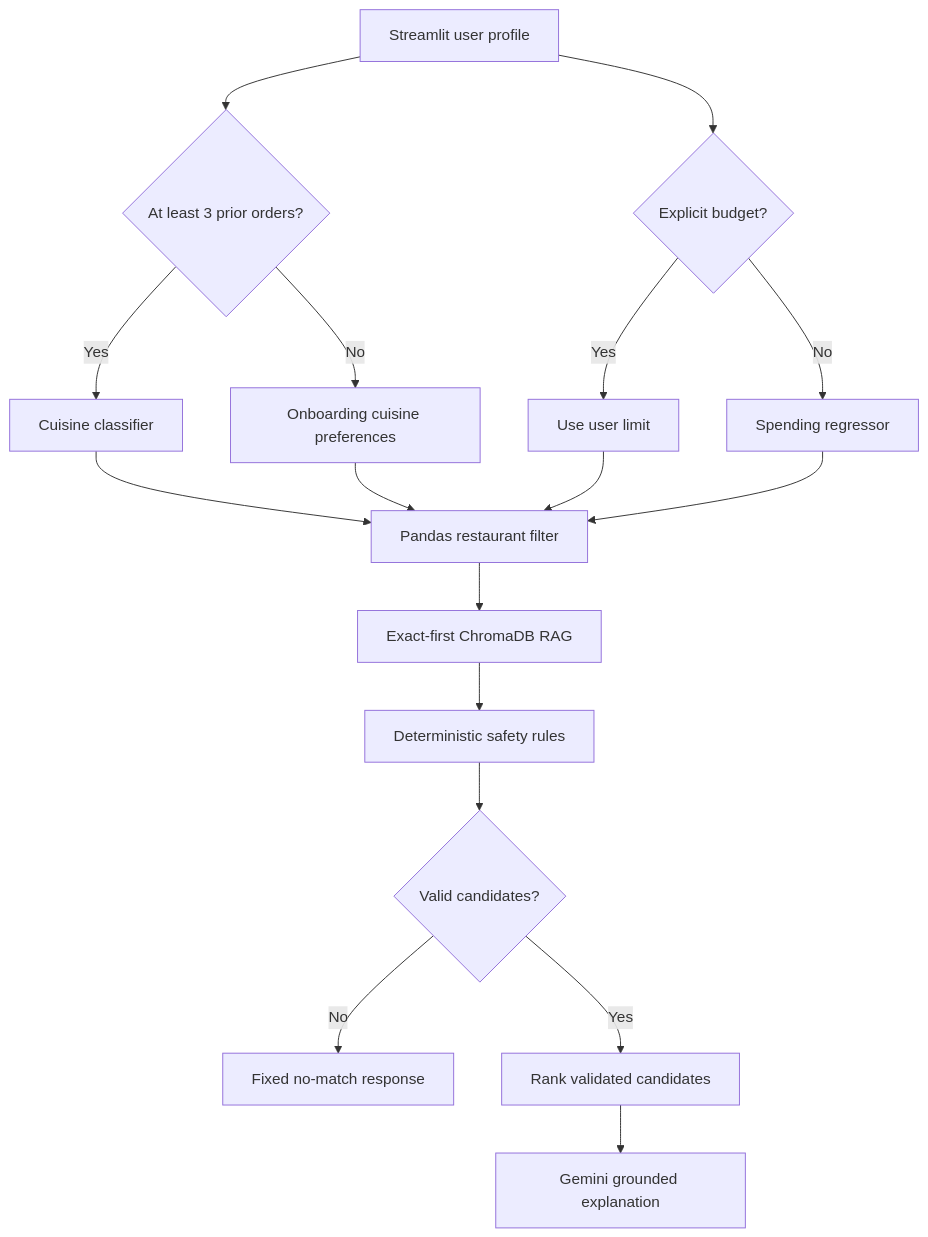
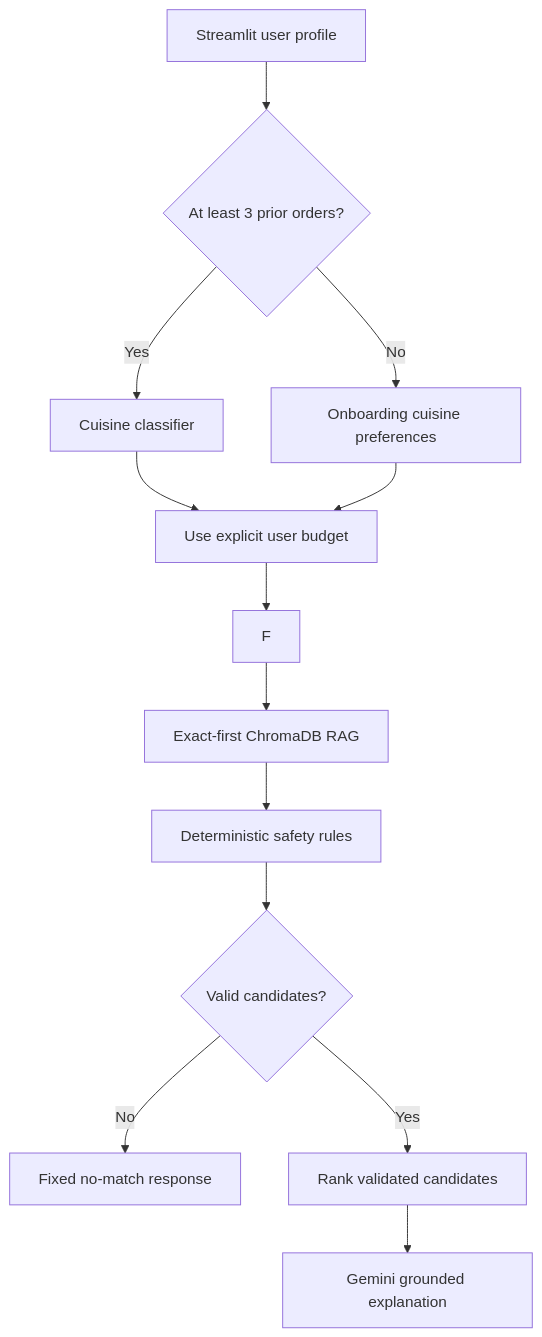
The diagram in README.md (Tanishq1596/Intelligent-Culinary-Matchmaker-and-Personalized-Menu-Agent), drawn with Mermaid before and after one commit. The commit also changed other lines of this file and 10 other files, not shown here.

````diff
--- a/README.md
+++ b/README.md
@@ -29,19 +29,15 @@
 ```mermaid
 flowchart TD
     A[Streamlit user profile] --> U{At least 3 prior orders?}
     U -->|Yes| B[Cuisine classifier]
     U -->|No| O[Onboarding cuisine preferences]
-    A --> C{Explicit budget?}
-    C -->|Yes| D[Use user limit]
-    C -->|No| E[Spending regressor]
-    B --> F[Pandas restaurant filter]
-    O --> F
+    B --> D[Use explicit user budget]
+    O --> D
     D --> F
-    E --> F
     F --> G[Exact-first ChromaDB RAG]
     G --> H[Deterministic safety rules]
     H --> I{Valid candidates?}
     I -->|No| J[Fixed no-match response]
     I -->|Yes| K[Rank validated candidates]
     K --> L[Gemini grounded explanation]
 ```
````
